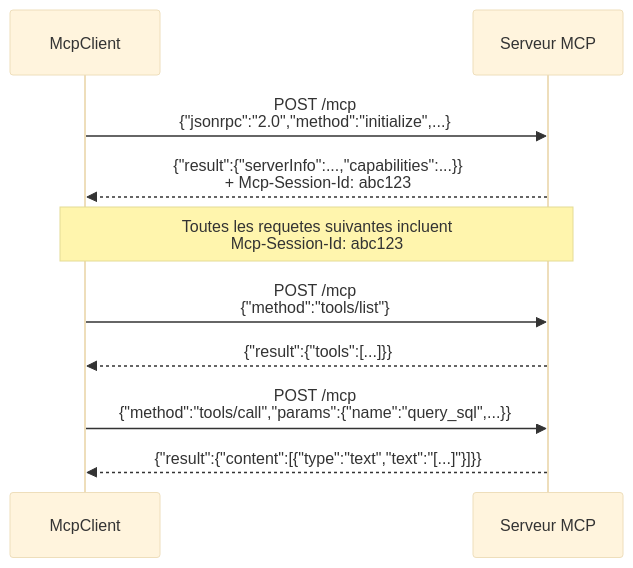
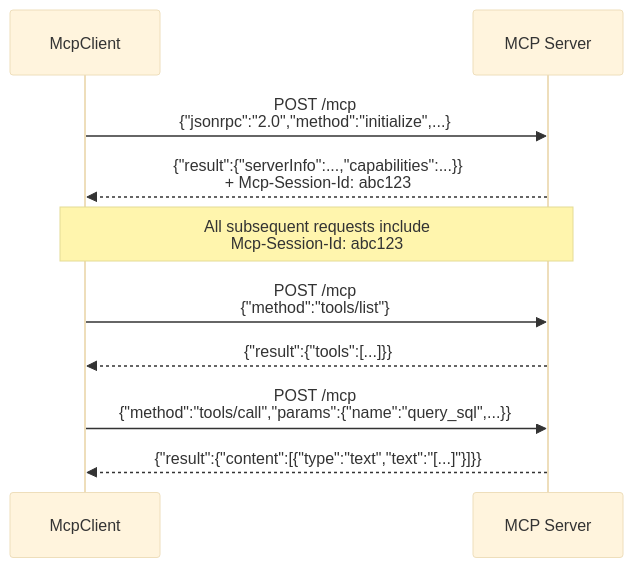
The third of 5 diagrams in docs/starlight/src/content/docs/concepts/mcp.md (jeanbaptiste/webmcp-auto-ui), drawn with Mermaid (base theme) before and after one commit. The commit also changed other lines of this file and 94 other files, not shown here.

````diff
--- a/docs/starlight/src/content/docs/concepts/mcp.md
+++ b/docs/starlight/src/content/docs/concepts/mcp.md
@@ -156,16 +156,16 @@
 ```mermaid
 sequenceDiagram
     participant C as McpClient
-    participant S as Serveur MCP
+    participant S as MCP Server
 
     C->>S: POST /mcp<br/>{"jsonrpc":"2.0","method":"initialize",...}
     S-->>C: {"result":{"serverInfo":...,"capabilities":...}}<br/>+ Mcp-Session-Id: abc123
 
-    Note over C,S: Toutes les requetes suivantes incluent<br/>Mcp-Session-Id: abc123
+    Note over C,S: All subsequent requests include<br/>Mcp-Session-Id: abc123
 
     C->>S: POST /mcp<br/>{"method":"tools/list"}
     S-->>C: {"result":{"tools":[...]}}
 
     C->>S: POST /mcp<br/>{"method":"tools/call","params":{"name":"query_sql",...}}
     S-->>C: {"result":{"content":[{"type":"text","text":"[...]"}]}}
 ```
````
